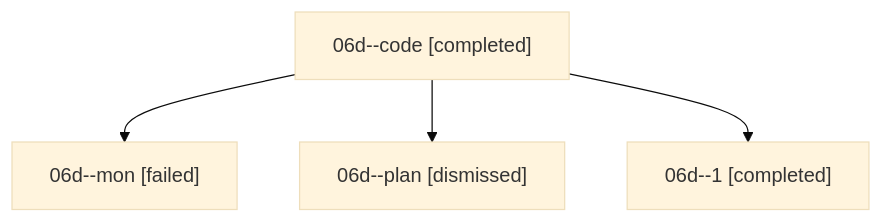
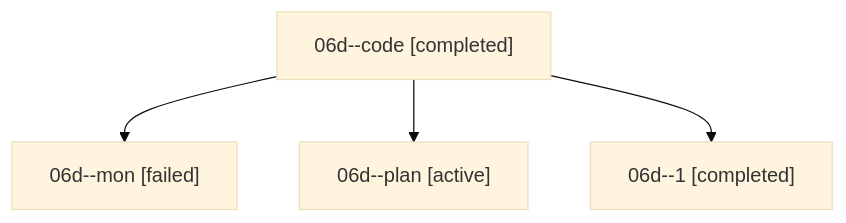
One commit to sase-org/sase--agents changed the diagram in families/bbugyi200.athena.06d.md. Above: the diagram before and after it, drawn with Mermaid (base theme). The commit also changed other lines of this file and 35830 other files, not shown here.

````diff
--- a/families/bbugyi200.athena.06d.md
+++ b/families/bbugyi200.athena.06d.md
@@ -9,10 +9,10 @@
 ```mermaid
 flowchart TD
   n0["06d--code [completed]"]
   n1["06d--mon [failed]"]
   n0 --> n1
-  n2["06d--plan [dismissed]"]
+  n2["06d--plan [active]"]
   n0 --> n2
   n3["06d--1 [completed]"]
   n0 --> n3
 ```
````
